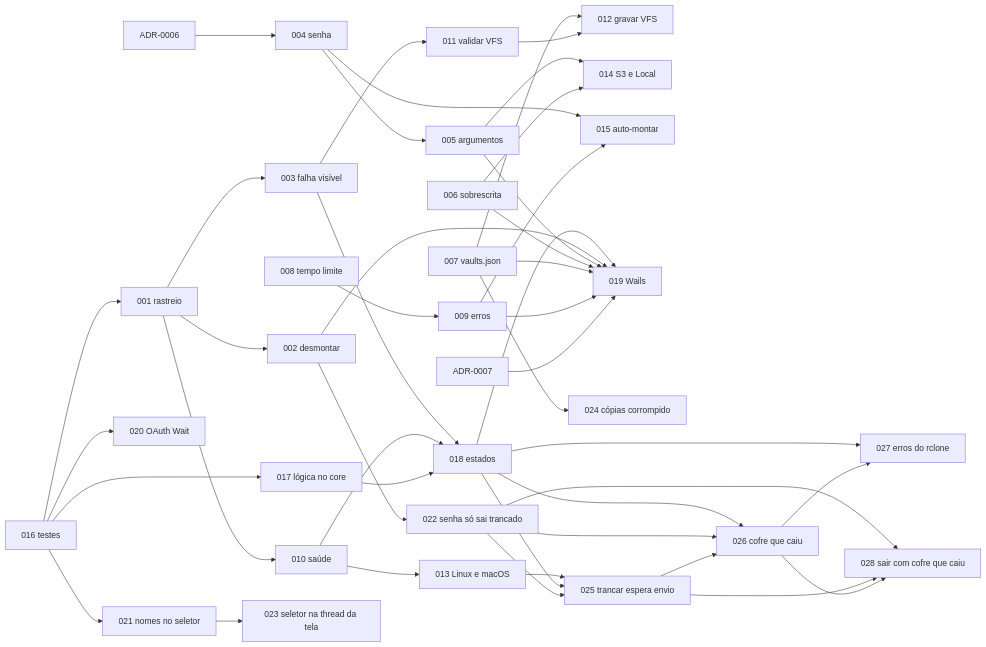
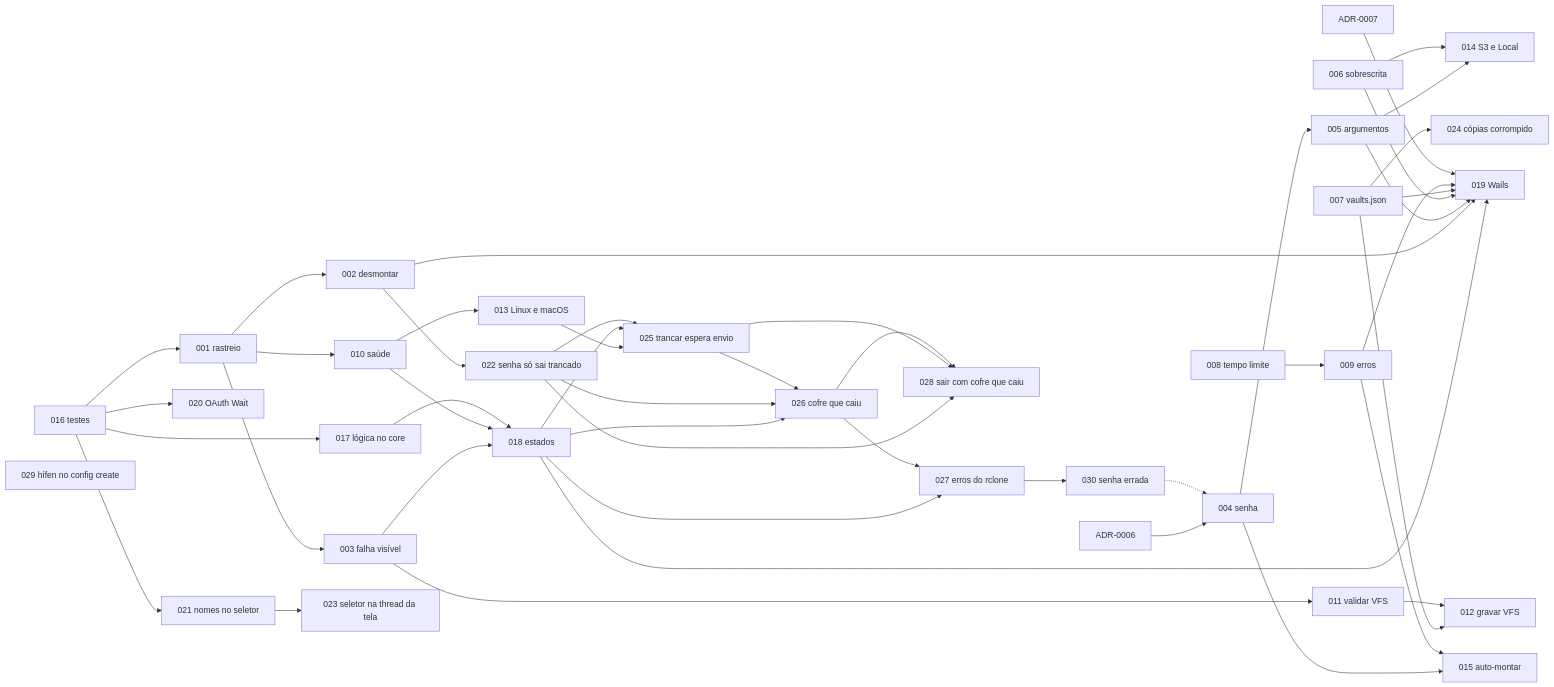
One commit to douglassouza-dev/runtime-crypt-go changed the diagram in docs/demanda/index.md. Above: the diagram before and after it, drawn with Mermaid. The commit also changed other lines of this file and 3 other files, not shown here.

Commit message:
docs(029,030): demandas — hífen no config create; senha errada não destranca

````diff
--- a/docs/demanda/index.md
+++ b/docs/demanda/index.md
@@ -42,47 +44,50 @@
 ```mermaid
 flowchart LR
     d016["016 testes"] --> d001["001 rastreio"]
     d001 --> d002["002 desmontar"]
     d001 --> d003["003 falha visível"]
     d001 --> d010["010 saúde"]
     adr6["ADR-0006"] --> d004["004 senha"]
     d004 --> d005["005 argumentos"]
     d006["006 sobrescrita"]
     d007["007 vaults.json"]
     d008["008 tempo limite"] --> d009["009 erros"]
     d003 --> d011["011 validar VFS"]
     d007 --> d012["012 gravar VFS"]
     d011 --> d012
     d010 --> d013["013 Linux e macOS"]
     d005 --> d014["014 S3 e Local"]
     d006 --> d014
     d004 --> d015["015 auto-montar"]
     d009 --> d015
     d016 --> d017["017 lógica no core"]
     d016 --> d020["020 OAuth Wait"]
     d016 --> d021["021 nomes no seletor"]
     d003 --> d018["018 estados"]
     d010 --> d018
     d017 --> d018
     d018 --> d019["019 Wails"]
     d002 --> d019
     d005 --> d019
     d006 --> d019
     d007 --> d019
     d009 --> d019
     adr7["ADR-0007"] --> d019
     d002 --> d022["022 senha só sai trancado"]
     d021 --> d023["023 seletor na thread da tela"]
     d007 --> d024["024 cópias corrompido"]
     d013 --> d025["025 trancar espera envio"]
     d018 --> d025
     d022 --> d025
     d018 --> d026["026 cofre que caiu"]
     d022 --> d026
     d025 --> d026
     d018 --> d027["027 erros do rclone"]
     d026 --> d027
     d022 --> d028["028 sair com cofre que caiu"]
     d025 --> d028
     d026 --> d028
+    d029["029 hífen no config create"]
+    d027 --> d030["030 senha errada"]
+    d030 -.-> d004
 ```
````
